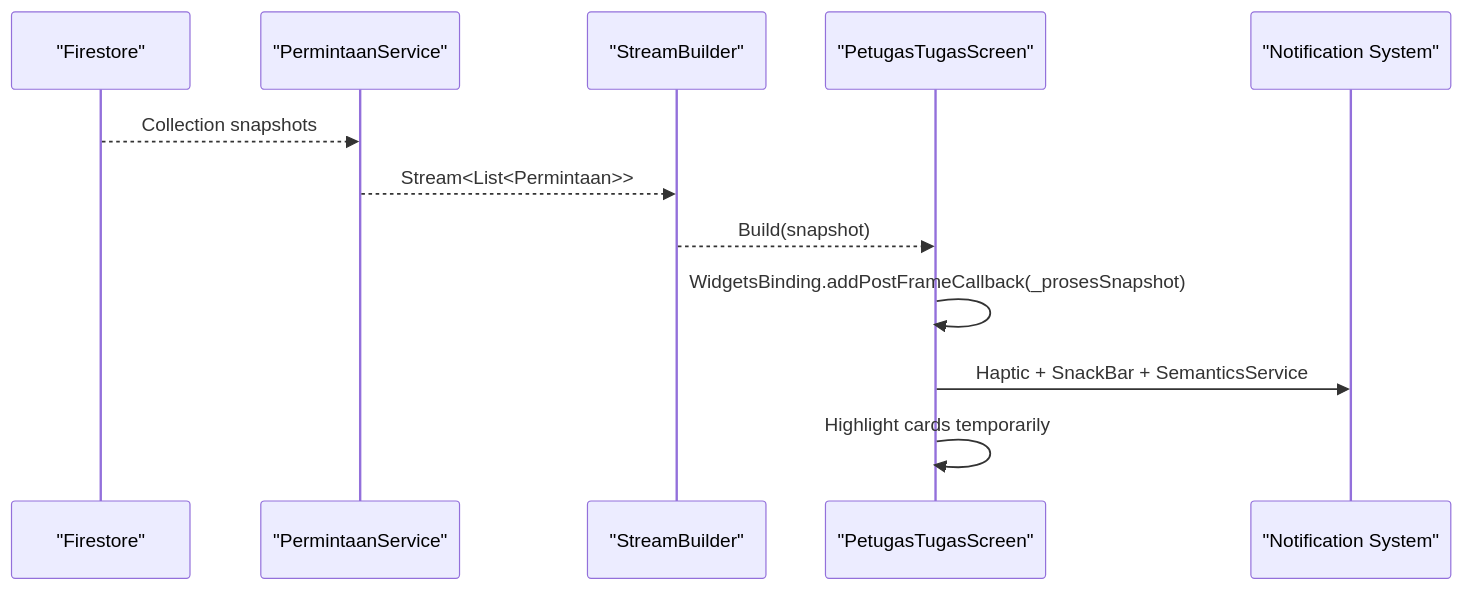
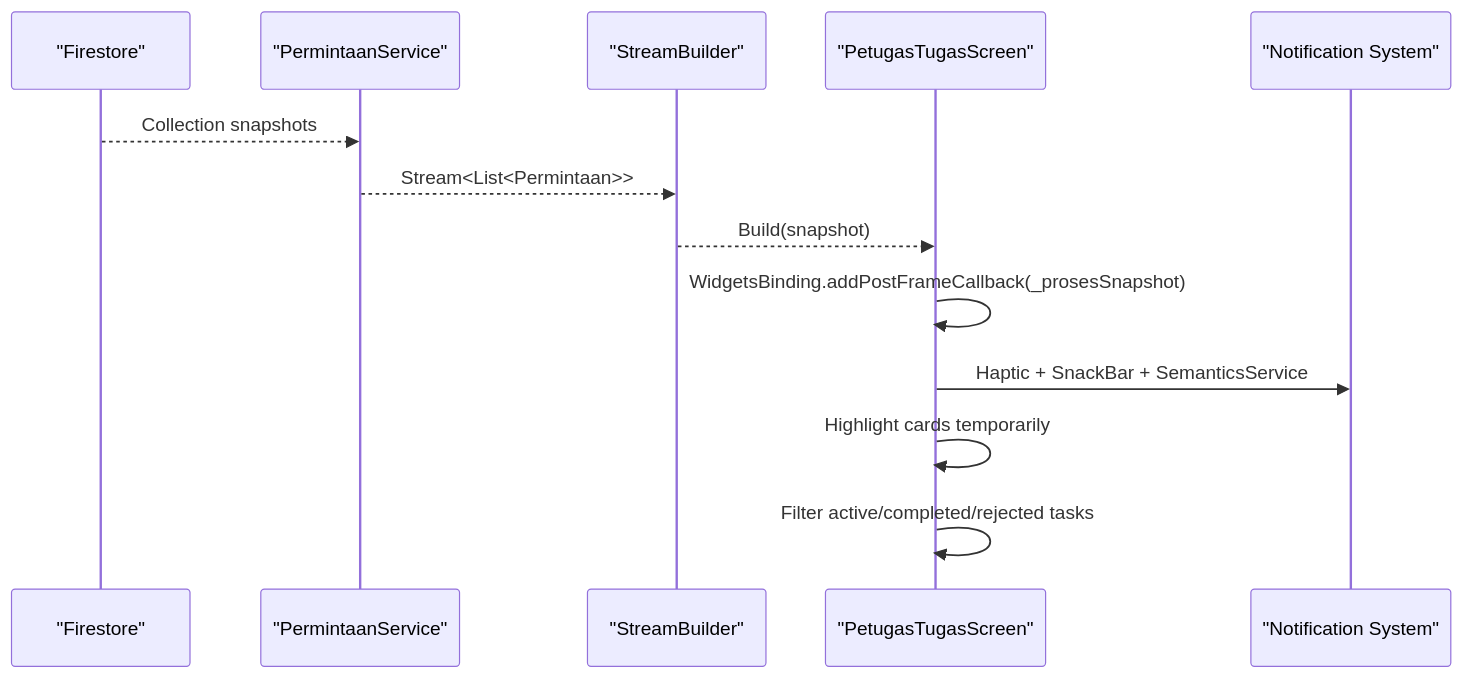
The second of 10 diagrams in .qoder/repowiki/en/content/Mobile Application/Staff Workflow/Task List Screen.md (rdsarjito/whoosh-ramah), drawn with Mermaid before and after one commit. The commit also changed other lines of this file and 18 other files, not shown here.

````diff
--- a/.qoder/repowiki/en/content/Mobile Application/Staff Workflow/Task List Screen.md
+++ b/.qoder/repowiki/en/content/Mobile Application/Staff Workflow/Task List Screen.md
@@ -83,14 +97,15 @@
 ```mermaid
 sequenceDiagram
 participant FS as "Firestore"
 participant Svc as "PermintaanService"
 participant SB as "StreamBuilder"
 participant UI as "PetugasTugasScreen"
 participant Notif as "Notification System"
 FS-->>Svc : Collection snapshots
 Svc-->>SB : Stream<List<Permintaan>>
 SB-->>UI : Build(snapshot)
 UI->>UI : WidgetsBinding.addPostFrameCallback(_prosesSnapshot)
 UI->>Notif : Haptic + SnackBar + SemanticsService
 UI->>UI : Highlight cards temporarily
+UI->>UI : Filter active/completed/rejected tasks
 ```
````
